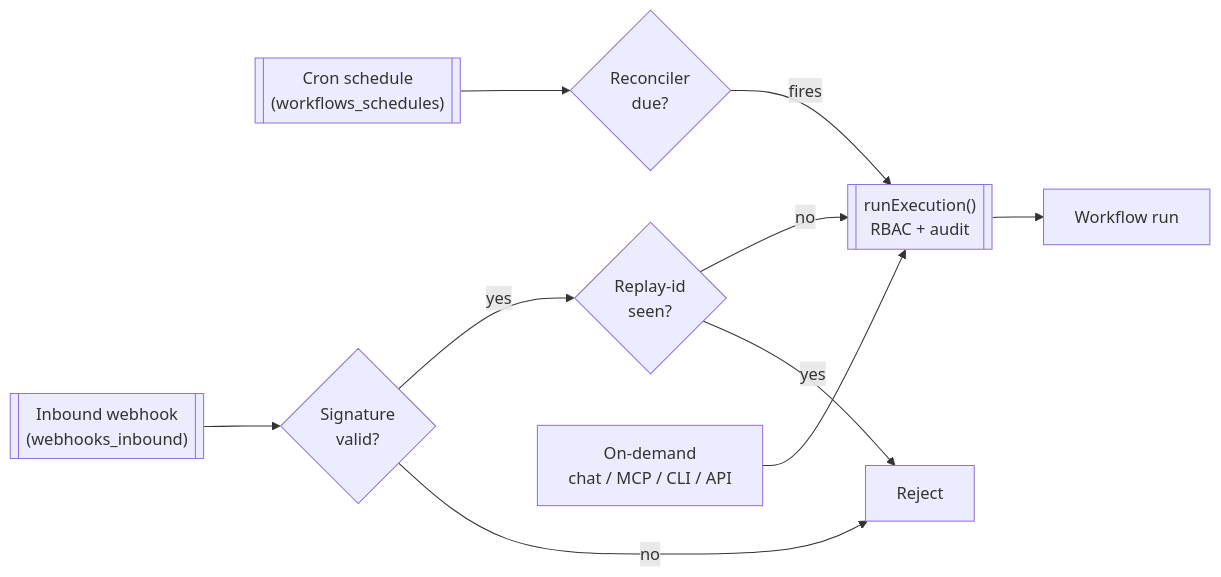
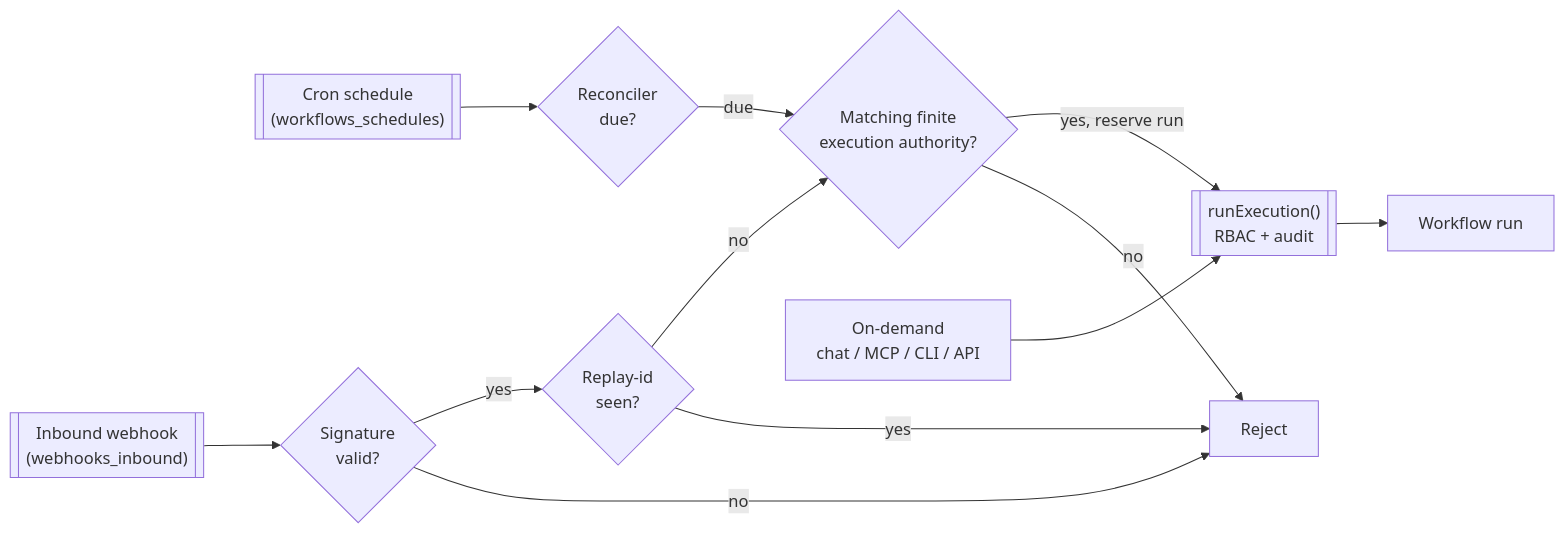
The first of 3 diagrams in docs/operators/scheduling-and-hooks.md (MikeBild/subkit), drawn with Mermaid before and after one commit. The commit also changed other lines of this file and 16 other files, not shown here.

````diff
--- a/docs/operators/scheduling-and-hooks.md
+++ b/docs/operators/scheduling-and-hooks.md
@@ -23,12 +23,14 @@
 ```mermaid
 flowchart LR
     cron[["Cron schedule<br/>(workflows_schedules)"]] --> rec{Reconciler<br/>due?}
-    rec -->|fires| core
+    rec -->|due| authority{Matching finite<br/>execution authority?}
     hook[["Inbound webhook<br/>(webhooks_inbound)"]] --> verify{Signature<br/>valid?}
     verify -->|no| drop[Reject]
     verify -->|yes| dedup{Replay-id<br/>seen?}
     dedup -->|yes| drop
-    dedup -->|no| core
+    dedup -->|no| authority
+    authority -->|no| drop
+    authority -->|yes, reserve run| core
     req[On-demand<br/>chat / MCP / CLI / API] --> core[["runExecution()<br/>RBAC + audit"]]
     core --> wf[Workflow run]
 ```
````
